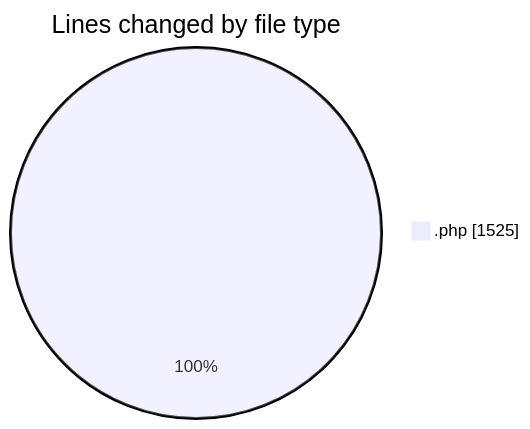
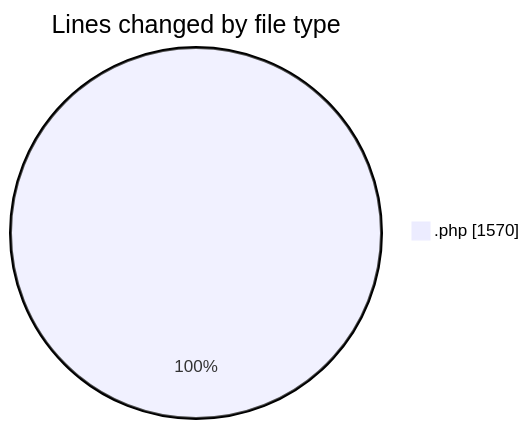
The first of 2 diagrams in 2025-08-20/enfold-child/README.md (debugP/code-tracking), drawn with Mermaid before and after one commit. The commit also changed other lines of this file and 1 other file, not shown here.

````diff
--- a/2025-08-20/enfold-child/README.md
+++ b/2025-08-20/enfold-child/README.md
@@ -20,5 +20,5 @@
 ```mermaid
 pie showData
 title Lines changed by file type
-".php" : 1525
+".php" : 1570
 ```
````
